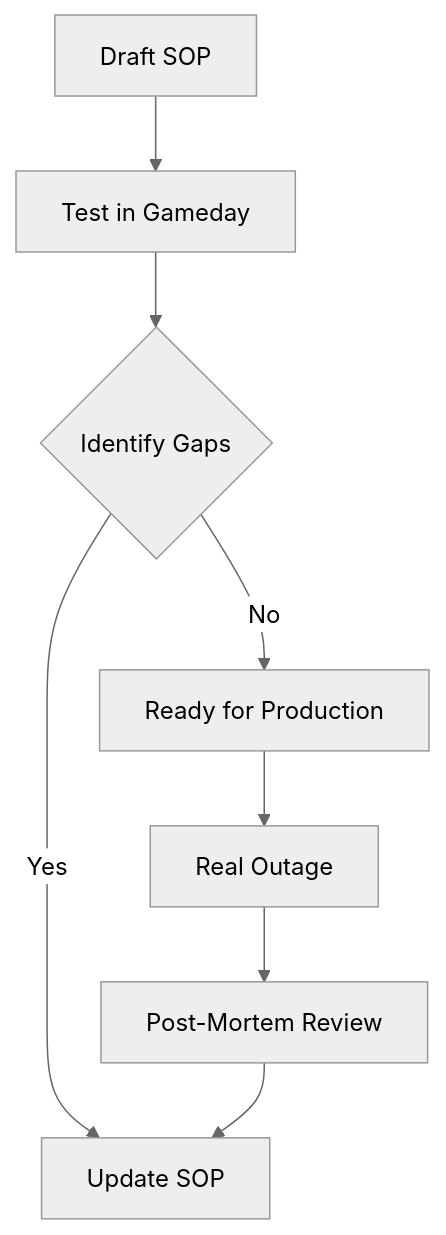
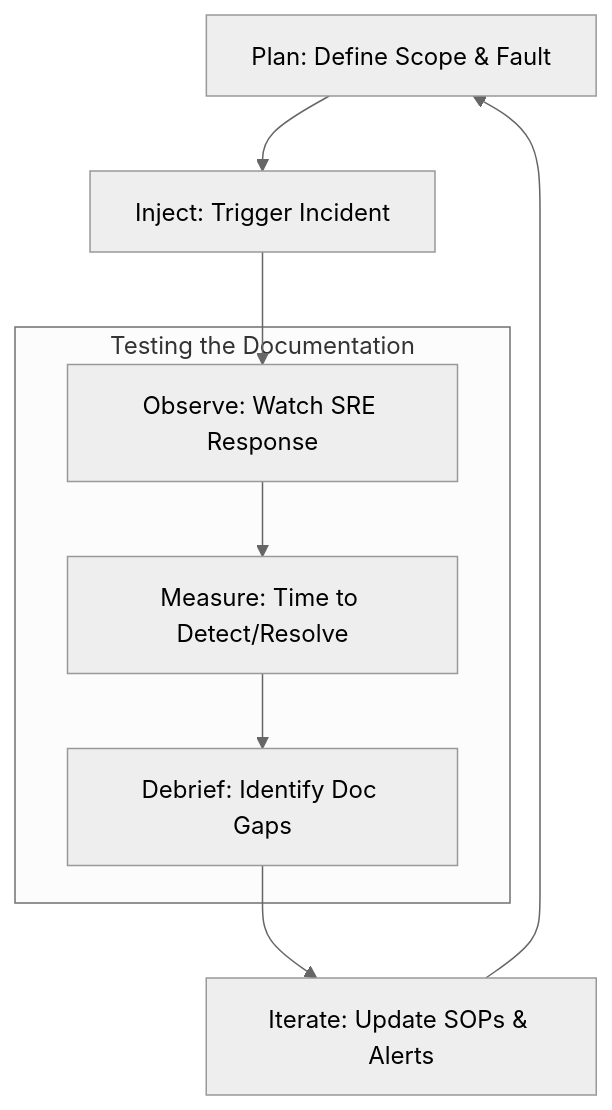
The diagram in 2-Intermediate/00-Runbooks-Procedures/02-Writing-Effective-SOPs/08-Testing-and-Iteration-Gamedays/README.md (Ganil151/Devops), drawn with Mermaid (neutral theme) before and after one commit. The commit also changed other lines of this file and 73 other files, not shown here.

````diff
--- a/2-Intermediate/00-Runbooks-Procedures/02-Writing-Effective-SOPs/08-Testing-and-Iteration-Gamedays/README.md
+++ b/2-Intermediate/00-Runbooks-Procedures/02-Writing-Effective-SOPs/08-Testing-and-Iteration-Gamedays/README.md
@@ -18,10 +3,15 @@
 ```mermaid
 graph TD
-    Write[Draft SOP] --> Gameday[Test in Gameday]
-    Gameday --> Gaps{Identify Gaps}
-    Gaps -- Yes --> Fix[Update SOP]
-    Gaps -- No --> Prod[Ready for Production]
-    Prod --> Incident[Real Outage]
-    Incident --> PM[Post-Mortem Review]
-    PM --> Fix
+    Plan[Plan: Define Scope & Fault] --> Inject[Inject: Trigger Incident]
+    Inject --> Observe[Observe: Watch SRE Response]
+    Observe --> Measure[Measure: Time to Detect/Resolve]
+    Measure --> Debrief[Debrief: Identify Doc Gaps]
+    Debrief --> Iterate[Iterate: Update SOPs & Alerts]
+    Iterate --> Plan
+    
+    subgraph "Testing the Documentation"
+    Observe
+    Measure
+    Debrief
+    end
 ```
````
